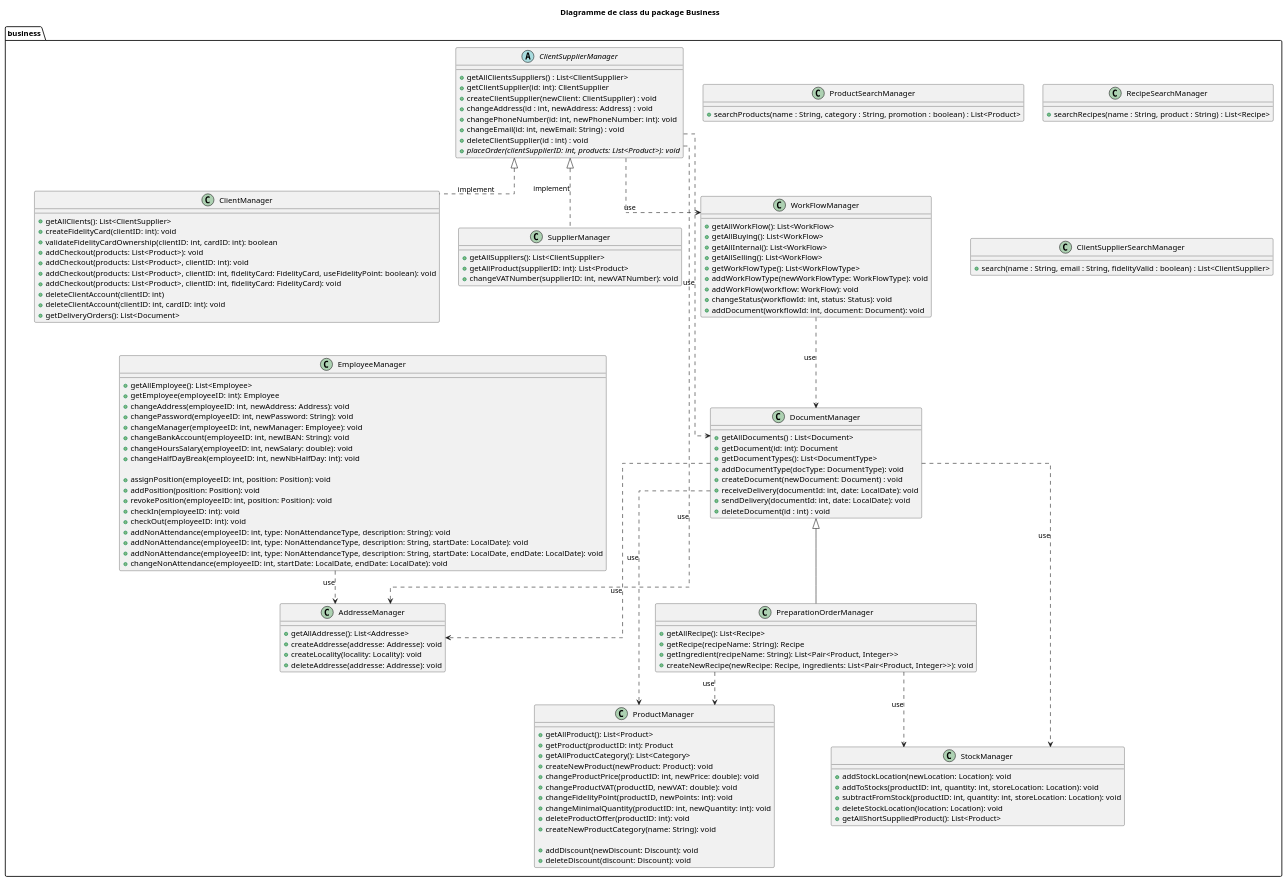
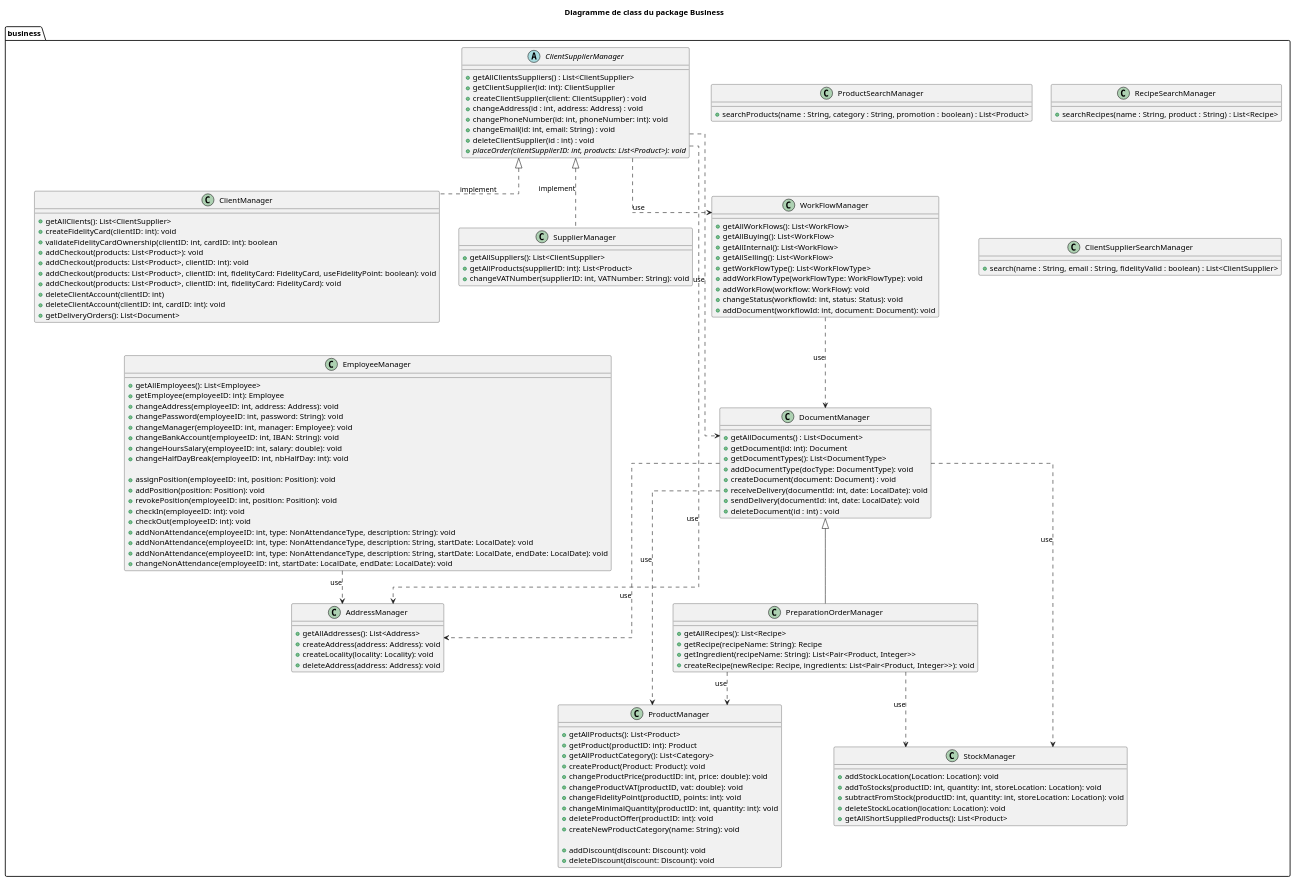
One commit to YannisVanAchter/IG252-java-project changed the diagram in doc/business.class.puml. Above: the diagram before and after it, drawn with PlantUML. The commit also changed 14 other files, not shown here.

```diff
--- a/doc/business.class.puml
+++ b/doc/business.class.puml
@@ -1,156 +1,156 @@
 @startuml "business class diagram"
 
 title "Diagramme de class du package Business"
 
 ' top to bottom direction
 skinparam linetype ortho
 ' skinparam linetype polyline
 
 package business {
 
     class DocumentManager {
         +getAllDocuments() : List<Document>
         +getDocument(id: int): Document
         +getDocumentTypes(): List<DocumentType>
         +addDocumentType(docType: DocumentType): void
-        +createDocument(newDocument: Document) : void
+        +createDocument(document: Document) : void
         +receiveDelivery(documentId: int, date: LocalDate): void
         +sendDelivery(documentId: int, date: LocalDate): void
         +deleteDocument(id : int) : void
     }
 
     class PreparationOrderManager {
-        +getAllRecipe(): List<Recipe>
+        +getAllRecipes(): List<Recipe>
         +getRecipe(recipeName: String): Recipe
         +getIngredient(recipeName: String): List<Pair<Product, Integer>>
-        +createNewRecipe(newRecipe: Recipe, ingredients: List<Pair<Product, Integer>>): void
+        +createRecipe(newRecipe: Recipe, ingredients: List<Pair<Product, Integer>>): void
     }
 
     class WorkFlowManager {
-        +getAllWorkFlow(): List<WorkFlow>
+        +getAllWorkFlows(): List<WorkFlow>
         +getAllBuying(): List<WorkFlow>
         +getAllInternal(): List<WorkFlow>
         +getAllSelling(): List<WorkFlow>
         +getWorkFlowType(): List<WorkFlowType>
-        +addWorkFlowType(newWorkFlowType: WorkFlowType): void
+        +addWorkFlowType(workFlowType: WorkFlowType): void
         +addWorkFlow(workflow: WorkFlow): void
         +changeStatus(workflowId: int, status: Status): void
         +addDocument(workflowId: int, document: Document): void
     }
 
     abstract class ClientSupplierManager {
         +getAllClientsSuppliers() : List<ClientSupplier>
         +getClientSupplier(id: int): ClientSupplier
-        +createClientSupplier(newClient: ClientSupplier) : void
-        +changeAddress(id : int, newAddress: Address) : void
-        +changePhoneNumber(id: int, newPhoneNumber: int): void
-        +changeEmail(id: int, newEmail: String) : void
+        +createClientSupplier(client: ClientSupplier) : void
+        +changeAddress(id : int, address: Address) : void
+        +changePhoneNumber(id: int, phoneNumber: int): void
+        +changeEmail(id: int, email: String) : void
         +deleteClientSupplier(id : int) : void
         {abstract} + placeOrder(clientSupplierID: int, products: List<Product>): void
     }
 
     class ClientManager {
         +getAllClients(): List<ClientSupplier>
         +createFidelityCard(clientID: int): void
         +validateFidelityCardOwnership(clientID: int, cardID: int): boolean
         +addCheckout(products: List<Product>): void
         +addCheckout(products: List<Product>, clientID: int): void
         +addCheckout(products: List<Product>, clientID: int, fidelityCard: FidelityCard, useFidelityPoint: boolean): void
         +addCheckout(products: List<Product>, clientID: int, fidelityCard: FidelityCard): void
         +deleteClientAccount(clientID: int)
         +deleteClientAccount(clientID: int, cardID: int): void
         +getDeliveryOrders(): List<Document>
     }
 
     class SupplierManager {
         +getAllSuppliers(): List<ClientSupplier>
-        +getAllProduct(supplierID: int): List<Product>
-        +changeVATNumber(supplierID: int, newVATNumber): void
+        +getAllProducts(supplierID: int): List<Product>
+        +changeVATNumber(supplierID: int, VATNumber: String): void
     }
 
     class ProductManager {
-        +getAllProduct(): List<Product>
+        +getAllProducts(): List<Product>
         +getProduct(productID: int): Product
         +getAllProductCategory(): List<Category>
-        +createNewProduct(newProduct: Product): void
-        +changeProductPrice(productID: int, newPrice: double): void
-        +changeProductVAT(productID, newVAT: double): void
-        +changeFidelityPoint(productID, newPoints: int): void
-        +changeMinimalQuantity(productID: int, newQuantity: int): void
+        +createProduct(Product: Product): void
+        +changeProductPrice(productID: int, price: double): void
+        +changeProductVAT(productID, vat: double): void
+        +changeFidelityPoint(productID, points: int): void
+        +changeMinimalQuantity(productID: int, quantity: int): void
         +deleteProductOffer(productID: int): void
         +createNewProductCategory(name: String): void
 
-        +addDiscount(newDiscount: Discount): void
+        +addDiscount(discount: Discount): void
         +deleteDiscount(discount: Discount): void
     }
 
     class EmployeeManager {
-        +getAllEmployee(): List<Employee>
+        +getAllEmployees(): List<Employee>
         +getEmployee(employeeID: int): Employee
-        +changeAddress(employeeID: int, newAddress: Address): void
-        +changePassword(employeeID: int, newPassword: String): void
-        +changeManager(employeeID: int, newManager: Employee): void
-        +changeBankAccount(employeeID: int, newIBAN: String): void
-        +changeHoursSalary(employeeID: int, newSalary: double): void
-        +changeHalfDayBreak(employeeID: int, newNbHalfDay: int): void
+        +changeAddress(employeeID: int, address: Address): void
+        +changePassword(employeeID: int, password: String): void
+        +changeManager(employeeID: int, manager: Employee): void
+        +changeBankAccount(employeeID: int, IBAN: String): void
+        +changeHoursSalary(employeeID: int, salary: double): void
+        +changeHalfDayBreak(employeeID: int, nbHalfDay: int): void
 
         +assignPosition(employeeID: int, position: Position): void
         +addPosition(position: Position): void
         +revokePosition(employeeID: int, position: Position): void
         +checkIn(employeeID: int): void
         +checkOut(employeeID: int): void
         +addNonAttendance(employeeID: int, type: NonAttendanceType, description: String): void
         +addNonAttendance(employeeID: int, type: NonAttendanceType, description: String, startDate: LocalDate): void
         +addNonAttendance(employeeID: int, type: NonAttendanceType, description: String, startDate: LocalDate, endDate: LocalDate): void
         +changeNonAttendance(employeeID: int, startDate: LocalDate, endDate: LocalDate): void
     }
 
-    class AddresseManager {
-        +getAllAddresse(): List<Addresse>
-        +createAddresse(addresse: Addresse): void
+    class AddressManager {
+        +getAllAddresses(): List<Address>
+        +createAddress(address: Address): void
         +createLocality(locality: Locality): void
-        +deleteAddresse(addresse: Addresse): void
+        +deleteAddress(address: Address): void
     }
 
     class ProductSearchManager {
         +searchProducts(name : String, category : String, promotion : boolean) : List<Product>
     }
 
     class RecipeSearchManager {
         +searchRecipes(name : String, product : String) : List<Recipe>
     }
 
     class ClientSupplierSearchManager {
         +search(name : String, email : String, fidelityValid : boolean) : List<ClientSupplier>
     }
 
     class StockManager {
-        +addStockLocation(newLocation: Location): void
+        +addStockLocation(Location: Location): void
         +addToStocks(productID: int, quantity: int, storeLocation: Location): void
         +subtractFromStock(productID: int, quantity: int, storeLocation: Location): void
         +deleteStockLocation(location: Location): void
-        +getAllShortSuppliedProduct(): List<Product>
+        +getAllShortSuppliedProducts(): List<Product>
     }
 
     DocumentManager <|-- PreparationOrderManager
 
     ClientSupplierManager <|.. ClientManager: implement
     ClientSupplierManager <|.. SupplierManager: implement
 
     ClientSupplierManager ..> DocumentManager: use
     ClientSupplierManager ..> WorkFlowManager: use
 
-    EmployeeManager ..> AddresseManager: use
-    ClientSupplierManager ..> AddresseManager: use
-    DocumentManager ..> AddresseManager: use
+    EmployeeManager ..> AddressManager: use
+    ClientSupplierManager ..> AddressManager: use
+    DocumentManager ..> AddressManager: use
 
     DocumentManager ..> StockManager: use
     DocumentManager ..> ProductManager: use
 
     PreparationOrderManager ..> ProductManager: use
     PreparationOrderManager ..> StockManager: use
 
     WorkFlowManager ..> DocumentManager: use
 }
 
 @enduml
```
